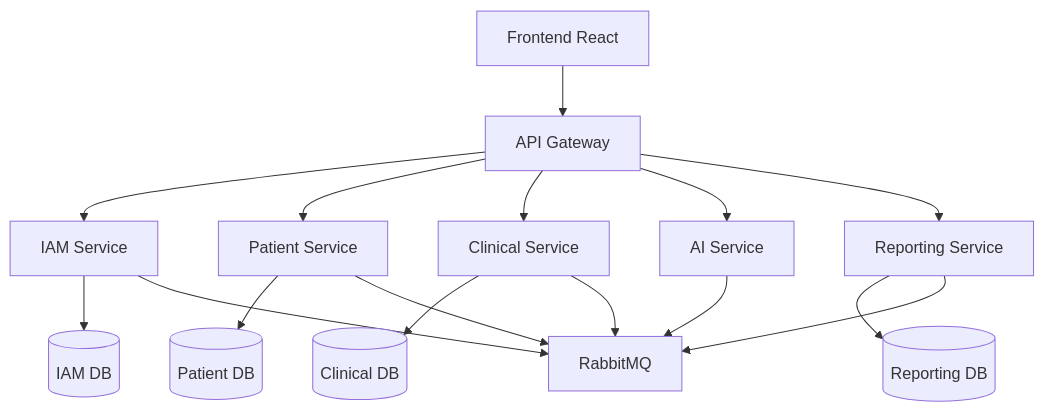
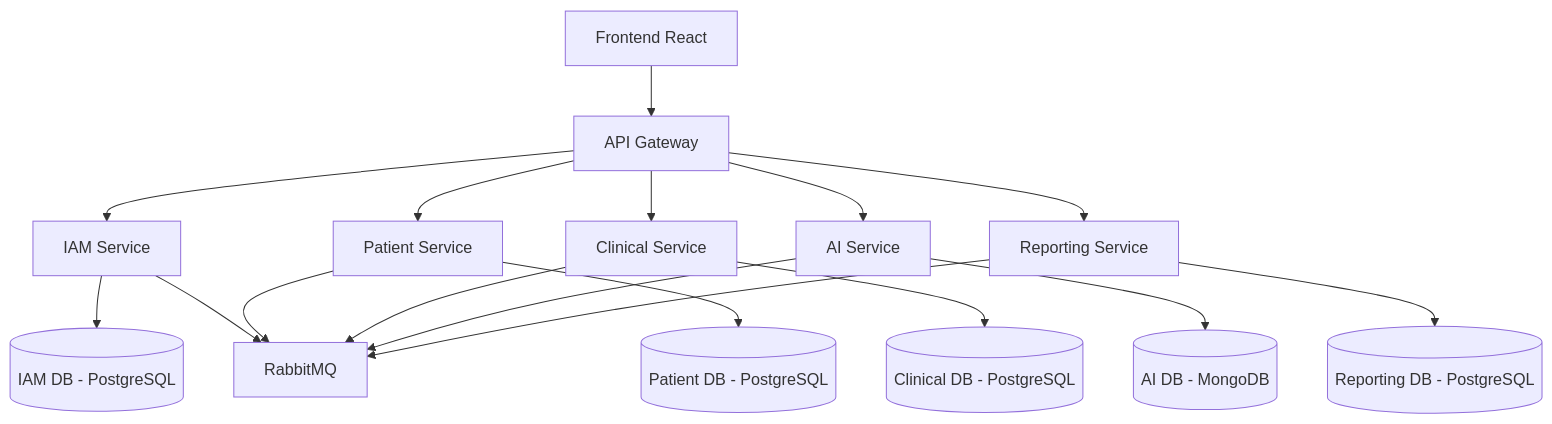
The diagram in DOCUMENTATION/ETAPA_10_Infraestrutura_Distribuida_Docker_Rabbitmq_Postgresql.md (Carlos-Eduardo-Suassuna-Santiago/PROMPTUARIO_2026), drawn with Mermaid before and after one commit. The commit also changed other lines of this file, not shown here.

````diff
--- a/DOCUMENTATION/ETAPA_10_Infraestrutura_Distribuida_Docker_Rabbitmq_Postgresql.md
+++ b/DOCUMENTATION/ETAPA_10_Infraestrutura_Distribuida_Docker_Rabbitmq_Postgresql.md
@@ -21,39 +21,41 @@
 ```mermaid
 graph TD
 
 CLIENT[Frontend React]
 
 GATEWAY[API Gateway]
 
 IAM[IAM Service]
 PATIENT[Patient Service]
 CLINICAL[Clinical Service]
 AI[AI Service]
 REPORTING[Reporting Service]
 
 RABBIT[RabbitMQ]
 
-IAMDB[(IAM DB)]
-PATIENTDB[(Patient DB)]
-CLINICALDB[(Clinical DB)]
-REPORTINGDB[(Reporting DB)]
+IAMDB[(IAM DB - PostgreSQL)]
+PATIENTDB[(Patient DB - PostgreSQL)]
+CLINICALDB[(Clinical DB - PostgreSQL)]
+REPORTINGDB[(Reporting DB - PostgreSQL)]
+AIDB[(AI DB - MongoDB)]
 
 CLIENT --> GATEWAY
 
 GATEWAY --> IAM
 GATEWAY --> PATIENT
 GATEWAY --> CLINICAL
 GATEWAY --> AI
 GATEWAY --> REPORTING
 
 IAM --> IAMDB
 PATIENT --> PATIENTDB
 CLINICAL --> CLINICALDB
 REPORTING --> REPORTINGDB
+AI --> AIDB
 
 IAM --> RABBIT
 PATIENT --> RABBIT
 CLINICAL --> RABBIT
 AI --> RABBIT
 REPORTING --> RABBIT
 ```
````
